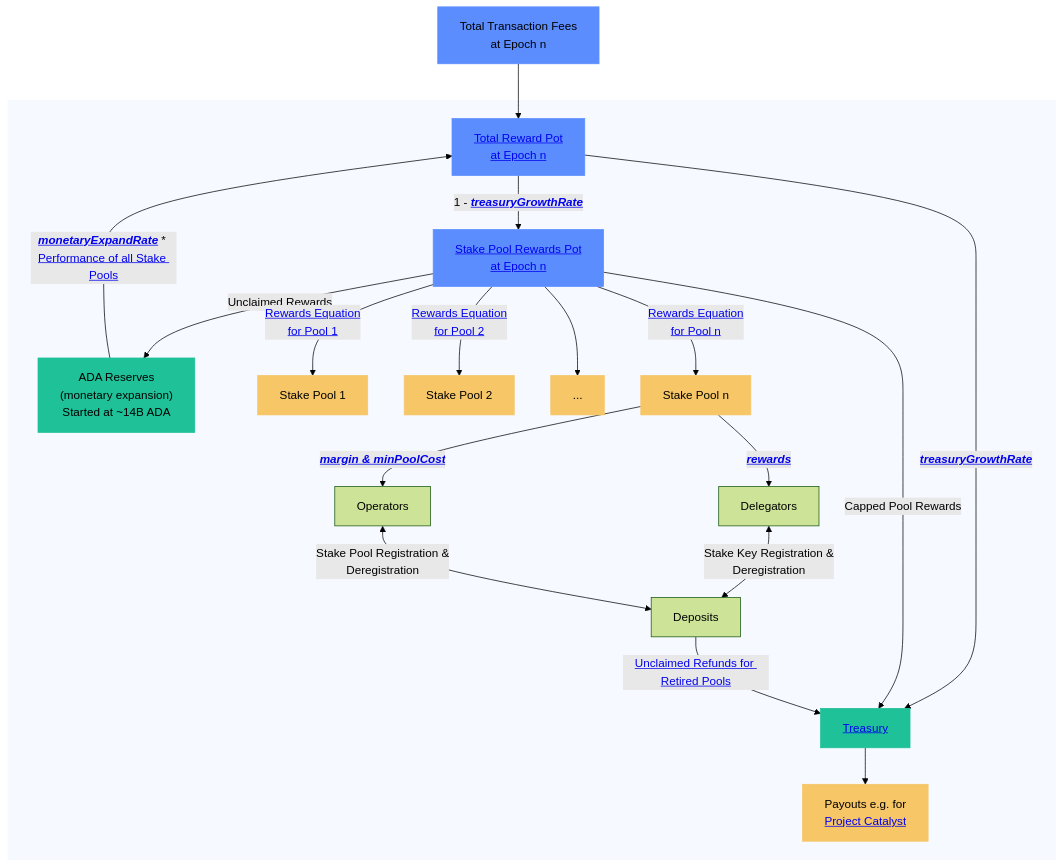
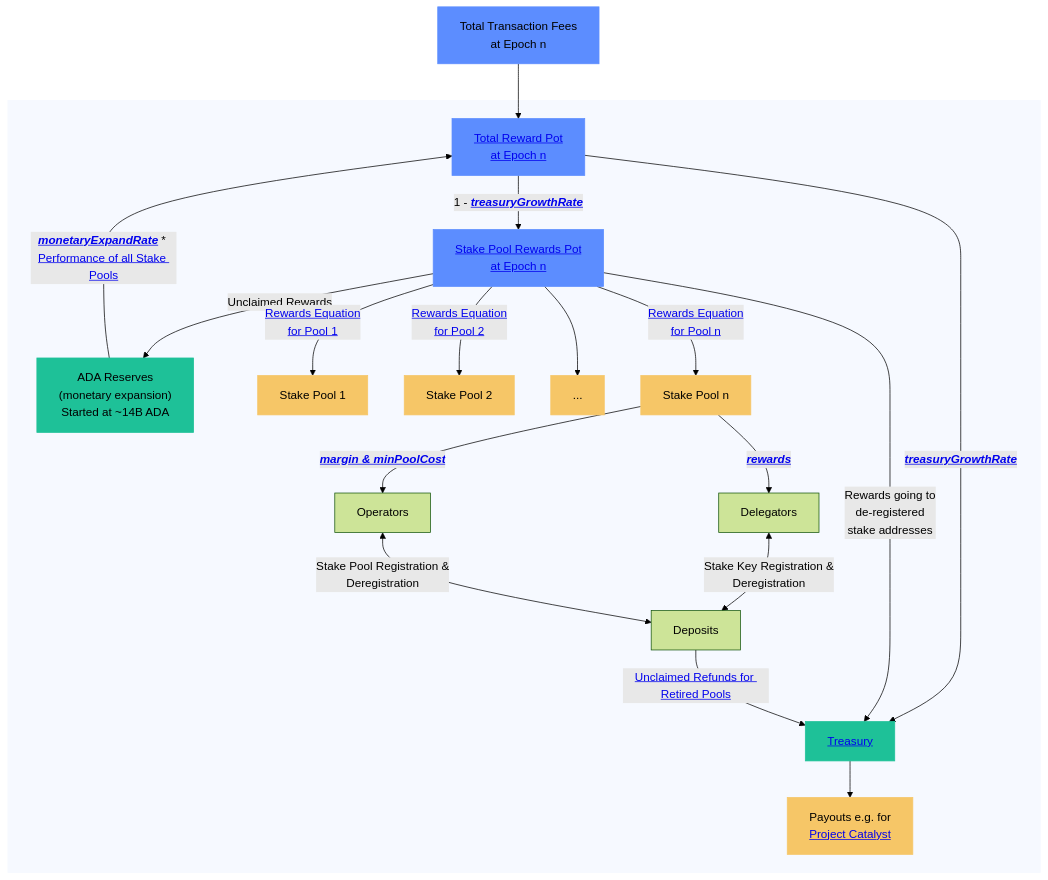
One commit to cardano-foundation/cf-java-rewards-calculation changed the diagram in README.md. Above: the diagram before and after it, drawn with Mermaid (forest theme). The commit also changed 49 other files, not shown here.

````diff
--- a/README.md
+++ b/README.md
@@ -21,35 +21,35 @@
 ```mermaid
 flowchart
     A[Total Transaction Fees <br />at Epoch n] --> B[<a href='https://github.com/cardano-foundation/cf-java-rewards-calculation/blob/a794130dc0e320426725a58b8b15f1fbe726b2de/src/main/java/org/cardanofoundation/rewards/calculation/TreasuryCalculation.java#L42'>Total Reward Pot <br />at Epoch n</a/>]
     B --> | <b><i><a href='https://cips.cardano.org/cips/cip9/#updatableprotocolparameters'>treasuryGrowthRate</a></b></i> | C[<a href='https://github.com/cardano-foundation/cf-java-rewards-calculation/blob/a794130dc0e320426725a58b8b15f1fbe726b2de/src/main/java/org/cardanofoundation/rewards/calculation/TreasuryCalculation.java#L17'>Treasury</a/>]
     B --> | 1 - <b><i><a href='https://cips.cardano.org/cips/cip9/#updatableprotocolparameters'>treasuryGrowthRate</a></b></i> | D[<a href='https://github.com/cardano-foundation/cf-java-rewards-calculation/blob/a794130dc0e320426725a58b8b15f1fbe726b2de/src/test/java/org/cardanofoundation/rewards/calculation/PoolRewardCalculationTest.java#L63'>Stake Pool Rewards Pot <br />at Epoch n</a/>]
     subgraph ADA_POTS[" "]
     D --> | Unclaimed Rewards | E["ADA Reserves<br /> (monetary expansion) <br /> Started at ~14B ADA"]
     E --> | <b><i><a href='https://cips.cardano.org/cips/cip9/#updatableprotocolparameters'>monetaryExpandRate</a></b></i> * <a href='https://github.com/cardano-foundation/cf-java-rewards-calculation/blob/main/src/main/java/org/cardanofoundation/rewards/calculation/PoolRewardCalculation.java#L19'>Performance of all Stake Pools</a> | B
     C --> F[Payouts e.g. for <br /><a href='https://projectcatalyst.io/'>Project Catalyst</a>]
     D --> | <a href='https://github.com/cardano-foundation/cf-java-rewards-calculation/blob/a794130dc0e320426725a58b8b15f1fbe726b2de/src/main/java/org/cardanofoundation/rewards/calculation/PoolRewardCalculation.java#L87'>Rewards Equation<br /> for Pool 1</a> | G[Stake Pool 1]
     D --> | <a href='https://github.com/cardano-foundation/cf-java-rewards-calculation/blob/a794130dc0e320426725a58b8b15f1fbe726b2de/src/main/java/org/cardanofoundation/rewards/calculation/PoolRewardCalculation.java#L87'>Rewards Equation<br /> for Pool 2</a> | H[Stake Pool 2]
     D --> I[...]
     D --> | <a href='https://github.com/cardano-foundation/cf-java-rewards-calculation/blob/a794130dc0e320426725a58b8b15f1fbe726b2de/src/main/java/org/cardanofoundation/rewards/calculation/PoolRewardCalculation.java#L87'>Rewards Equation<br /> for Pool n</a> | J[Stake Pool n]
     J --> | <b><i><a href='https://github.com/cardano-foundation/cf-java-rewards-calculation/blob/a3151888e3133937b6098efdec72b587d88ba4cd/src/main/java/org/cardanofoundation/rewards/calculation/PoolRewardCalculation.java#L85'>margin & minPoolCost</a></i></b> | K[Operators]
     J --> | <b><i><a href='https://github.com/cardano-foundation/cf-java-rewards-calculation/blob/a3151888e3133937b6098efdec72b587d88ba4cd/src/main/java/org/cardanofoundation/rewards/calculation/PoolRewardCalculation.java#L102'>rewards</a></b></i> | L[Delegators]
-    D --> | Capped Pool Rewards | C
+    D --> | Rewards going to<br /> de-registered<br /> stake addresses | C
     L <--> | Stake Key Registration & <br /> Deregistration | M[Deposits]
     K <--> | Stake Pool Registration & <br /> Deregistration | M
     M --> | <a href='https://github.com/cardano-foundation/cf-java-rewards-calculation/blob/1ed16503d7ed592410d55489cc2144762ce718d5/src/main/java/org/cardanofoundation/rewards/calculation/TreasuryCalculation.java#L122'>Unclaimed Refunds for Retired Pools</a> | C
     end
 
     style A fill:#5C8DFF,stroke:#5C8DFF
     style B fill:#5C8DFF,stroke:#5C8DFF
     style C fill:#1EC198,stroke:#1EC198
     style D fill:#5C8DFF,stroke:#5C8DFF
     style E fill:#1EC198,stroke:#1EC198
 
     style F fill:#F6C667,stroke:#F6C667
     style G fill:#F6C667,stroke:#F6C667
     style H fill:#F6C667,stroke:#F6C667
     style I fill:#F6C667,stroke:#F6C667
     style J fill:#F6C667,stroke:#F6C667
 
     style ADA_POTS fill:#f6f9ff,stroke:#f6f9ff
 ```
````
